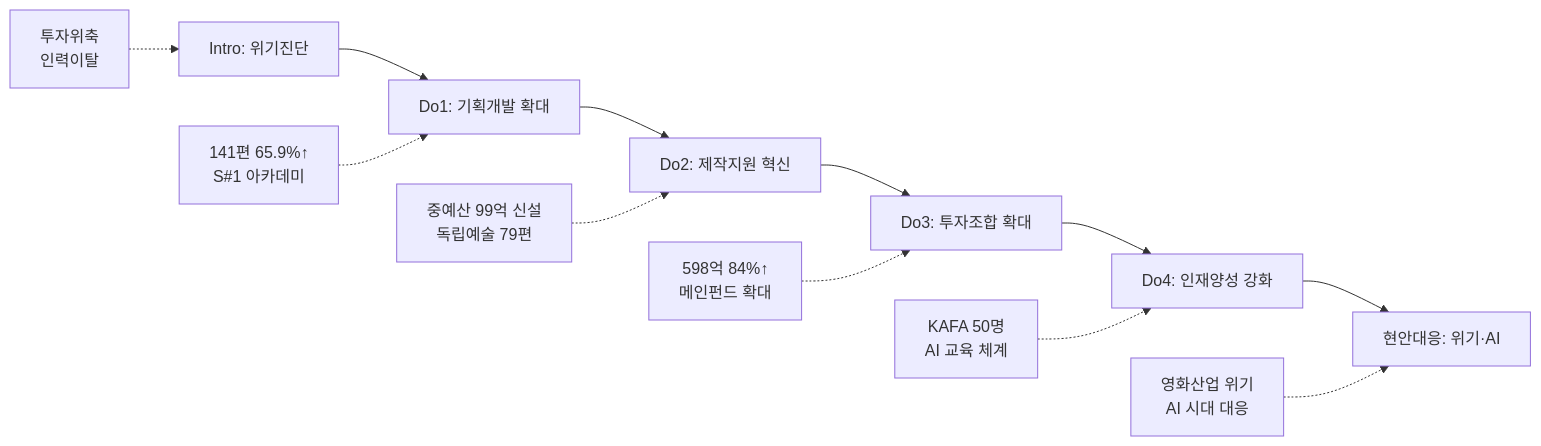
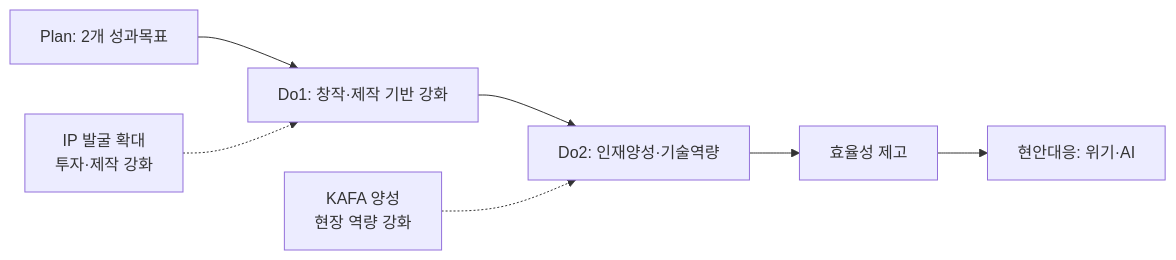
One commit to lizard4r/eval25 changed the diagram in content/25년 경평/2_지표별 자료/2-1_제작유통_활성화/6_실행(Do)_작성_방안.md. Above: the diagram before and after it, drawn with Mermaid. The commit also changed other lines of this file and 53 other files, not shown here.

````diff
--- a/content/25년 경평/2_지표별 자료/2-1_제작유통_활성화/6_실행(Do)_작성_방안.md
+++ b/content/25년 경평/2_지표별 자료/2-1_제작유통_활성화/6_실행(Do)_작성_방안.md
@@ -100,15 +50,10 @@
 ```mermaid
 graph LR
-    A["Intro: 위기진단"] --> B["Do1: 기획개발 확대"]
-    B --> C["Do2: 제작지원 혁신"]
-    C --> D["Do3: 투자조합 확대"]
-    D --> E["Do4: 인재양성 강화"]
-    E --> F["현안대응: 위기·AI"]
+    A["Plan: 2개 성과목표"] --> B["Do1: 창작·제작 기반 강화"]
+    B --> C["Do2: 인재양성·기술역량"]
+    C --> D["효율성 제고"]
+    D --> E["현안대응: 위기·AI"]
     
-    A1["투자위축<br>인력이탈"] -.-> A
-    B1["141편 65.9%↑<br>S#1 아카데미"] -.-> B
-    C1["중예산 99억 신설<br>독립예술 79편"] -.-> C
-    D1["598억 84%↑<br>메인펀드 확대"] -.-> D
-    E1["KAFA 50명<br>AI 교육 체계"] -.-> E
-    F1["영화산업 위기<br>AI 시대 대응"] -.-> F
+    B1["IP 발굴 확대<br>투자·제작 강화"] -.-> B
+    C1["KAFA 양성<br>현장 역량 강화"] -.-> C
 ```
````
